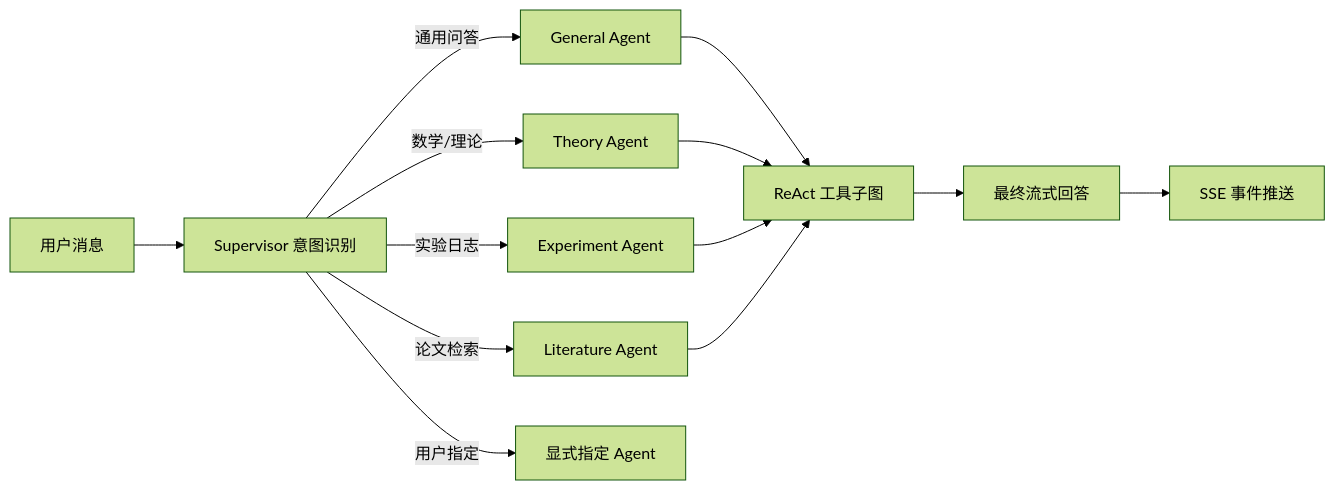
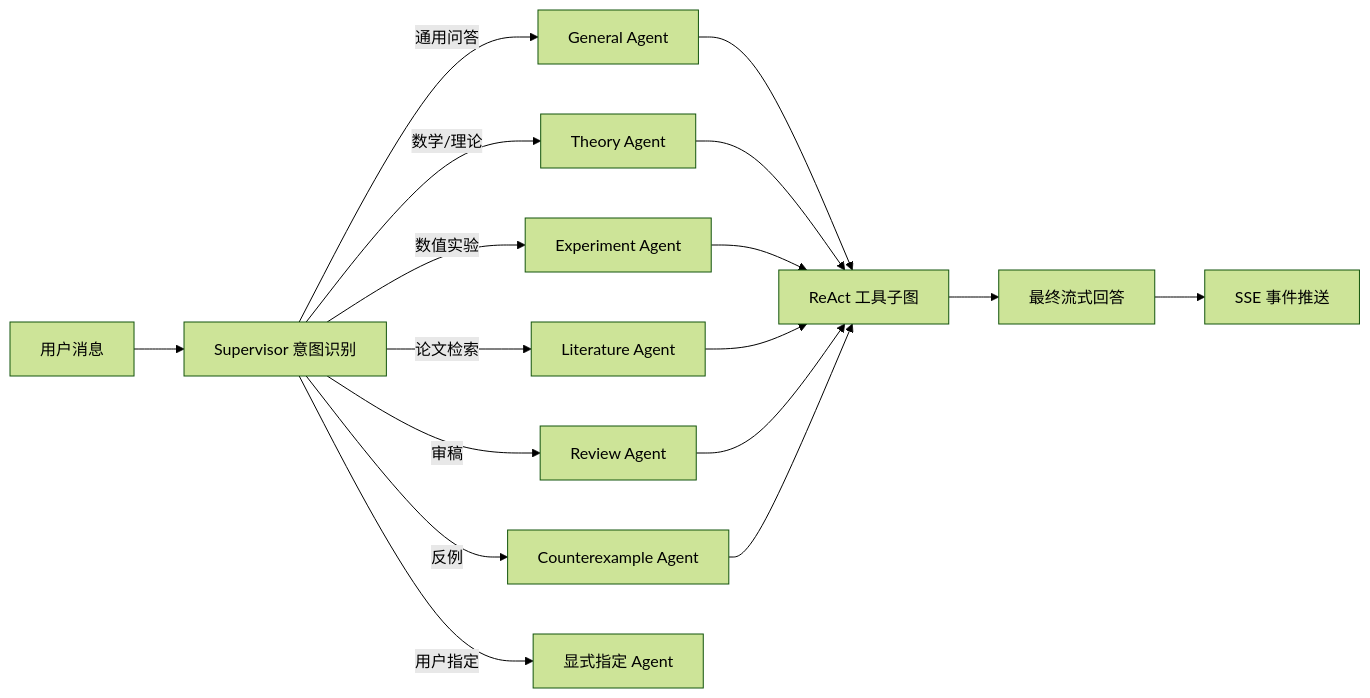
The third of 11 diagrams in doc/SYSTEM_ARCHITECTURE.md (Qiming124/ai4s-research-agent), drawn with Mermaid (forest theme) before and after one commit. The commit also changed other lines of this file and 20 other files, not shown here.

````diff
--- a/doc/SYSTEM_ARCHITECTURE.md
+++ b/doc/SYSTEM_ARCHITECTURE.md
@@ -136,18 +136,22 @@
 ```mermaid
 flowchart LR
   User[用户消息] --> Supervisor[Supervisor 意图识别]
 
   Supervisor -->|通用问答| General[General Agent]
   Supervisor -->|数学/理论| Theory[Theory Agent]
-  Supervisor -->|实验日志| Experiment[Experiment Agent]
+  Supervisor -->|数值实验| Experiment[Experiment Agent]
   Supervisor -->|论文检索| Literature[Literature Agent]
+  Supervisor -->|审稿| Review[Review Agent]
+  Supervisor -->|反例| Counterexample[Counterexample Agent]
   Supervisor -->|用户指定| Explicit[显式指定 Agent]
 
   General --> React[ReAct 工具子图]
   Theory --> React
   Experiment --> React
   Literature --> React
+  Review --> React
+  Counterexample --> React
 
   React --> Final[最终流式回答]
   Final --> SSE[SSE 事件推送]
 ```
````
